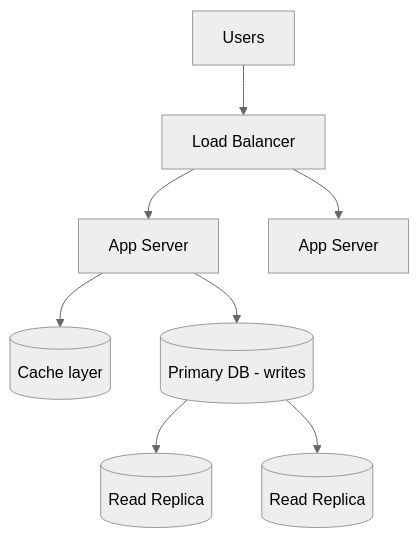
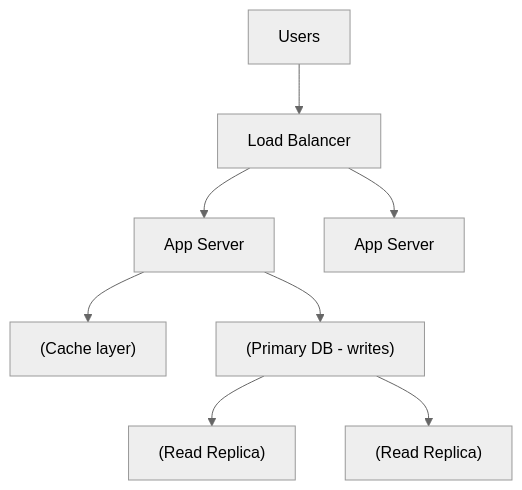
Before and after one commit to pankajThakur1874/studysheet: the third of 4 diagrams in files/Book-ByteByteGo-Concepts/04-distributed-systems-concepts.md, drawn with Mermaid (neutral theme). The commit also changed other lines of this file and 102 other files, not shown here.

Commit message:
Auto-fix Mermaid diagram syntax across all study guides to prevent Syntax Error in Mermaid v10

````diff
--- a/files/Book-ByteByteGo-Concepts/04-distributed-systems-concepts.md
+++ b/files/Book-ByteByteGo-Concepts/04-distributed-systems-concepts.md
@@ -50,10 +50,10 @@
 ```mermaid
 flowchart TD
     U[Users] --> LB[Load Balancer]
     LB --> A1[App Server]
     LB --> A2[App Server]
-    A1 --> Cache[(Cache layer)]
-    A1 --> P[(Primary DB - writes)]
-    P --> R1[(Read Replica)]
-    P --> R2[(Read Replica)]
+    A1 --> Cache["(Cache layer)"]
+    A1 --> P["(Primary DB - writes)"]
+    P --> R1["(Read Replica)"]
+    P --> R2["(Read Replica)"]
 ```
````
